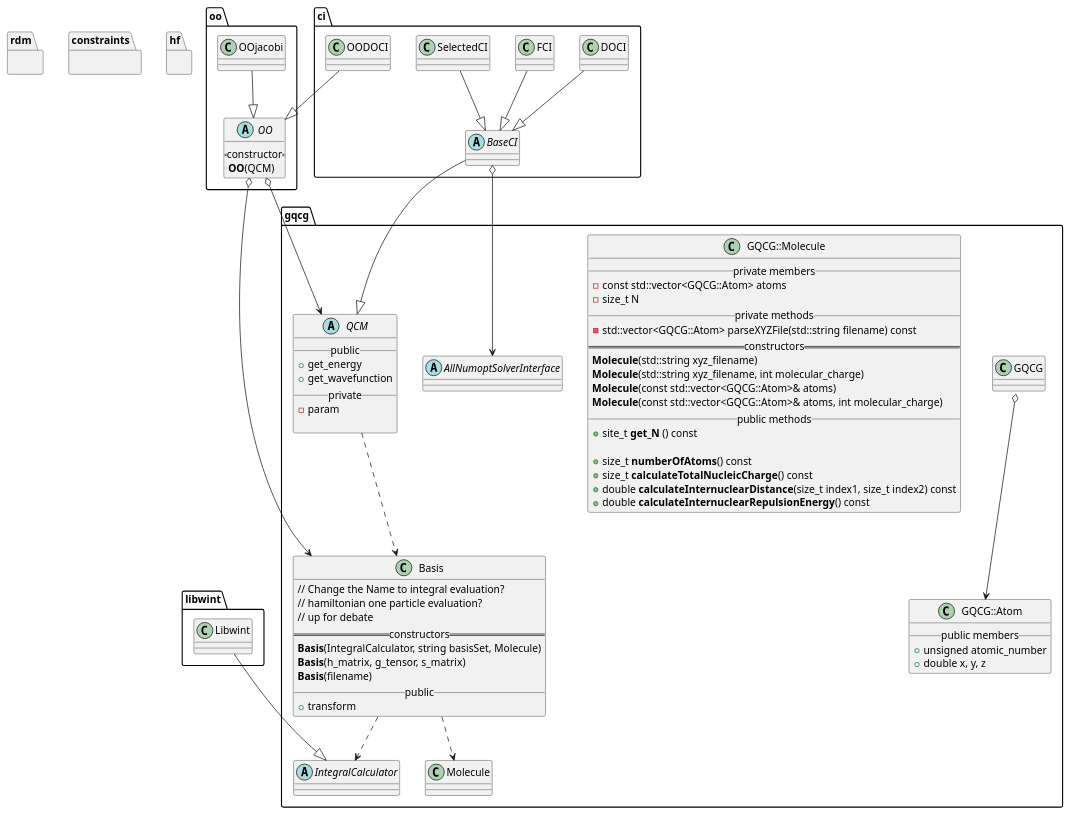
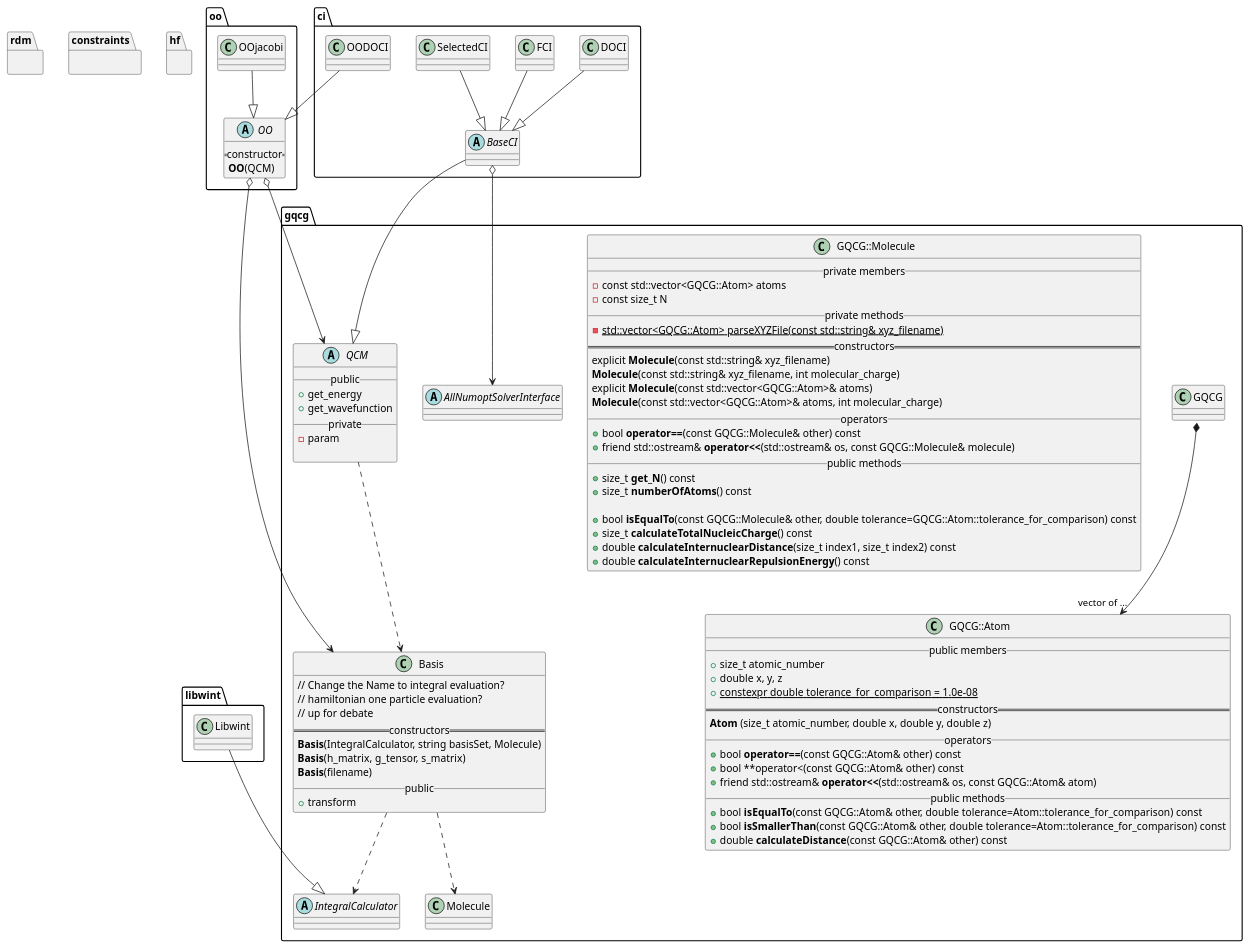
Before and after one commit to GQCG/GQCP: the diagram in docs/gqcg.puml, drawn with PlantUML.

Commit message:
Update UML for Atom and Molecule.

```diff
--- a/docs/gqcg.puml
+++ b/docs/gqcg.puml
@@ -1,110 +1,125 @@
 @startuml
 
 namespace gqcg {
 
     class GQCG::Atom {
         __ public members __
-            + unsigned atomic_number
+            + size_t atomic_number
             + double x, y, z
+            + {static} constexpr double tolerance_for_comparison = 1.0e-08
+        == constructors ==
+            **Atom** (size_t atomic_number, double x, double y, double z)
+        __ operators __
+            + bool **operator==**(const GQCG::Atom& other) const
+            + bool **operator<(const GQCG::Atom& other) const
+            + friend std::ostream& **operator<<**(std::ostream& os, const GQCG::Atom& atom)
+        __ public methods __
+            + bool **isEqualTo**(const GQCG::Atom& other, double tolerance=Atom::tolerance_for_comparison) const
+            + bool **isSmallerThan**(const GQCG::Atom& other, double tolerance=Atom::tolerance_for_comparison) const
+            + double **calculateDistance**(const GQCG::Atom& other) const
     }
 
-    GQCG::Molecule o--> GQCG::Atom
+    GQCG::Molecule *--> "vector of ..." GQCG::Atom
     class GQCG::Molecule {
         __ private members __
             - const std::vector<GQCG::Atom> atoms
-            - size_t N
+            - const size_t N
         __ private methods __
-            - std::vector<GQCG::Atom> parseXYZFile(std::string filename) const
+            - {static} std::vector<GQCG::Atom> parseXYZFile(const std::string& xyz_filename)
         == constructors ==
-            **Molecule**(std::string xyz_filename)
-            **Molecule**(std::string xyz_filename, int molecular_charge)
-            **Molecule**(const std::vector<GQCG::Atom>& atoms)
+            explicit **Molecule**(const std::string& xyz_filename)
+            **Molecule**(const std::string& xyz_filename, int molecular_charge)
+            explicit **Molecule**(const std::vector<GQCG::Atom>& atoms)
             **Molecule**(const std::vector<GQCG::Atom>& atoms, int molecular_charge)
+        __ operators __
+            + bool **operator==**(const GQCG::Molecule& other) const
+            + friend std::ostream& **operator<<**(std::ostream& os, const GQCG::Molecule& molecule)
         __ public methods __
-            + site_t **get_N** () const
+            + size_t **get_N**() const
+            + size_t **numberOfAtoms**() const
 
-            + size_t **numberOfAtoms**() const
+            + bool **isEqualTo**(const GQCG::Molecule& other, double tolerance=GQCG::Atom::tolerance_for_comparison) const
             + size_t **calculateTotalNucleicCharge**() const
             + double **calculateInternuclearDistance**(size_t index1, size_t index2) const
             + double **calculateInternuclearRepulsionEnergy**() const
     }
 
     abstract class IntegralCalculator
     class Basis {
         // Change the Name to integral evaluation?
         // hamiltonian one particle evaluation?
         // up for debate
         == constructors ==
            **Basis**(IntegralCalculator, string basisSet, Molecule)
            **Basis**(h_matrix, g_tensor, s_matrix)
            **Basis**(filename)
         __public__
            +transform
    }
 
     abstract class QCM {
         __public__
         +get_energy
         +get_wavefunction
         __private__
         -param
 
     }
 
     abstract AllNumoptSolverInterface
 
     gqcg.Basis ..> gqcg.IntegralCalculator
     gqcg.Basis ..> gqcg.Molecule
 
     gqcg.QCM ..> gqcg.Basis
 
 
 
 }
 
 namespace libwint {
     class Libwint
 }
 
 libwint.Libwint --|> gqcg.IntegralCalculator
 
 namespace oo {
     abstract class OO {
         ==constructor==
          **OO**(QCM)
     }
     class OOjacobi {
 
     }
 }
 
 
 oo.OO o--> gqcg.QCM
 oo.OO o--> gqcg.Basis
 oo.OOjacobi --|> oo.OO
 
 namespace ci {
     abstract class BaseCI
     class DOCI
     class FCI
     class OODOCI
     class SelectedCI
 }
 
 ci.BaseCI --|> gqcg.QCM
 ci.OODOCI --|> oo.OO
 ci.DOCI --|> ci.BaseCI
 ci.FCI --|> ci.BaseCI
 ci.SelectedCI --|> ci.BaseCI
 ci.BaseCI o--> gqcg.AllNumoptSolverInterface
 
 namespace rdm {
 }
 namespace constraints {
 }
 
 namespace hf {
 }
 
 
 @enduml
```
